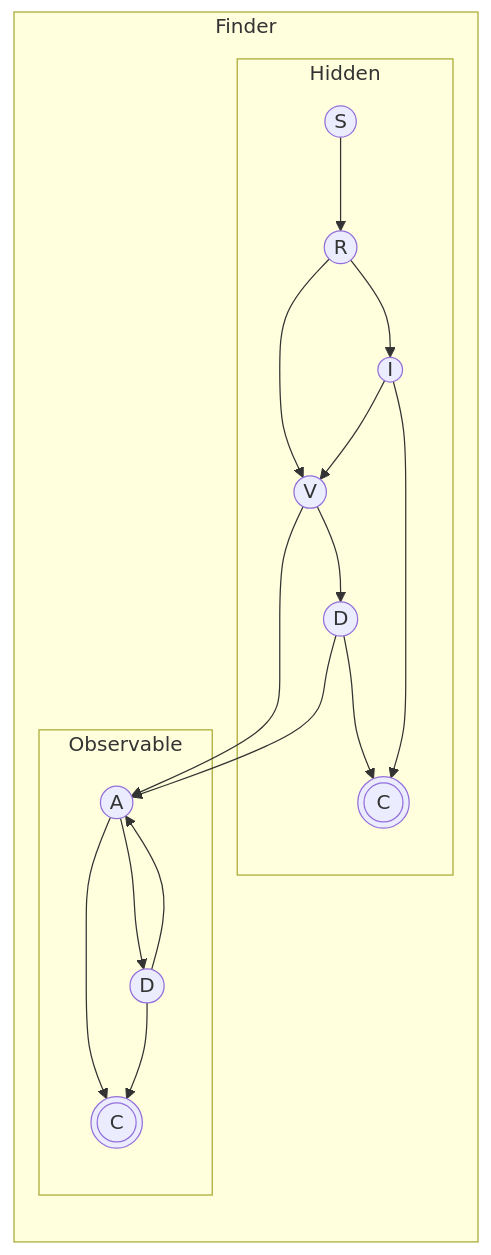
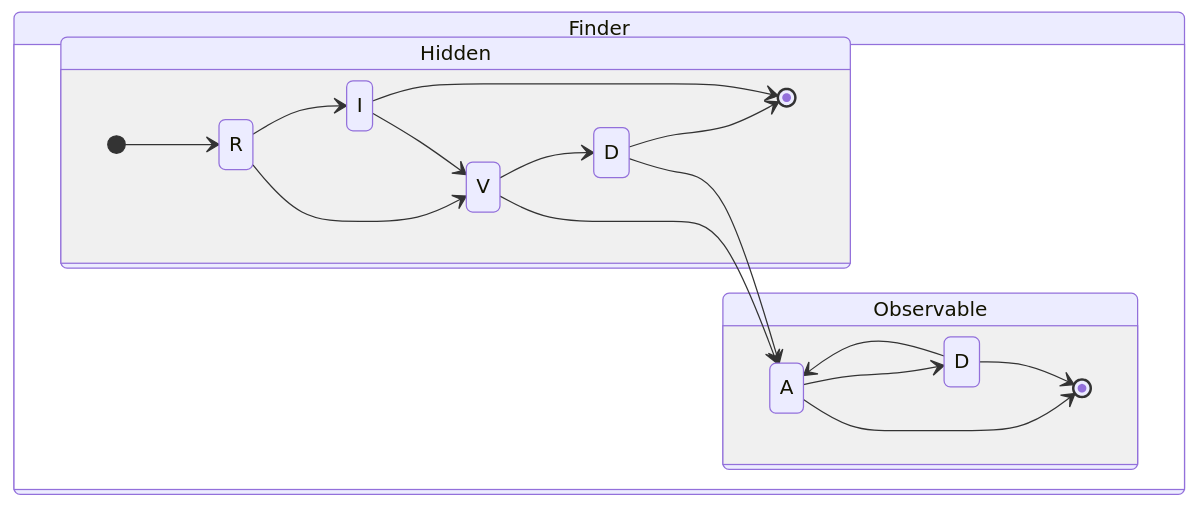
The ninth of 9 diagrams in docs/process_models/report_management.md (CERTCC/Vultron), drawn with Mermaid before and after one commit. The commit also changed other lines of this file, not shown here.

Commit message:
use stateDiagrams instead of flowcharts in mermaid

````diff
--- a/docs/process_models/report_management.md
+++ b/docs/process_models/report_management.md
@@ -612,32 +596,34 @@
 ```mermaid
-flowchart LR
-    subgraph Finder
-        subgraph Hidden
-            S((S))
-            R((R))
-            I((I))
-            V((V))
-            D((D))
-            C(((C)))
-        end
-        subgraph Observable
-            A((A))
-            D2((D))
-            C2(((C)))
-        end 
-    end
-    
-    S --> R
-    R --> I
-    R --> V
-    V --> A
-    A --> C2
-    I --> V
-    V --> D
-    A --> D2
-    D --> A
-    D2 --> A
-    D --> C
-    D2 --> C2
-    I --> C
+stateDiagram-v2
+    direction LR
+    state Finder {
+        direction LR
+        A
+        state Hidden {
+            direction LR
+            R
+            I
+            V
+            D
+            [*] --> R
+            R --> I
+            R --> V
+            V --> D
+            I --> V
+            V --> A
+            D --> A
+            D --> [*]
+            I--> [*]
+        }
+        state Observable {
+            direction LR
+            A
+            D2: D
+            A --> D2
+            D2 --> A
+            A --> [*]
+            D2 --> [*]
+        }
+                
+    }
 ```
````
